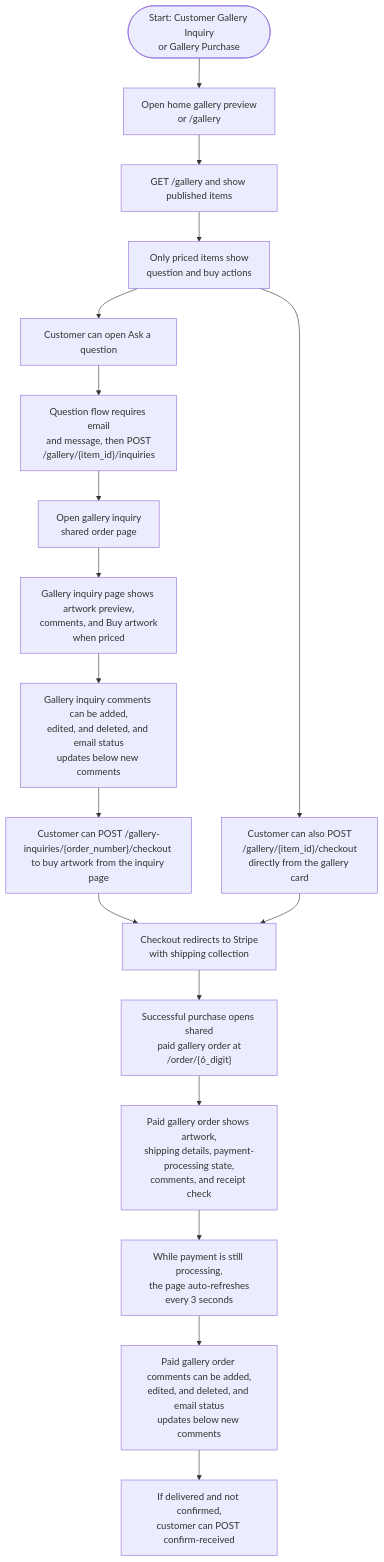
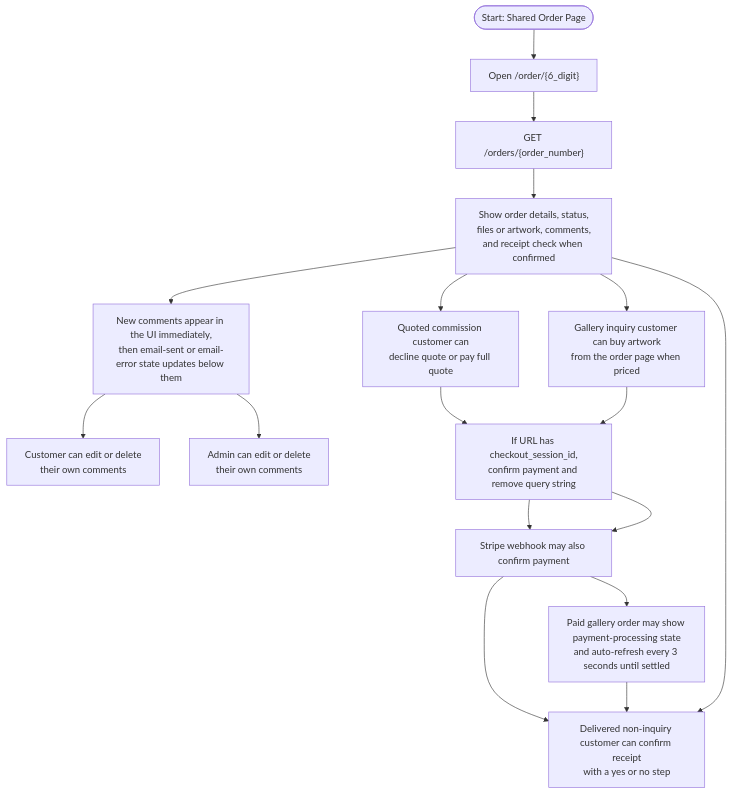
One commit to david-lytikainen/SAS changed the fifth of 5 diagrams in 0_KC/flowchart.md. Above: the diagram before and after it, drawn with Mermaid. The commit also changed other lines of this file and 6 other files, not shown here.

Commit message:
Refresh KC flowcharts

````diff
--- a/0_KC/flowchart.md
+++ b/0_KC/flowchart.md
@@ -67,23 +101,23 @@
 ```mermaid
 flowchart TB
-  C0([Start: Customer Gallery Inquiry<br/>or Gallery Purchase])
-  C1["Open home gallery preview<br/>or /gallery"]
-  C2[GET /gallery and show published items]
-  C3["Only priced items show<br/>question and buy actions"]
-  C4[Customer can open Ask a question]
-  C5["Question flow requires email<br/>and message, then POST<br/>/gallery/{item_id}/inquiries"]
-  C6["Open gallery inquiry<br/>shared order page"]
-  C7["Gallery inquiry page shows artwork preview,<br/>comments, and Buy artwork<br/>when priced"]
-  C8["Gallery inquiry comments can be added,<br/>edited, and deleted, and email status<br/>updates below new comments"]
-  C9["Customer can POST /gallery-inquiries/{order_number}/checkout to buy artwork from the inquiry page"]
-  C10["Customer can also POST<br/>/gallery/{item_id}/checkout<br/>directly from the gallery card"]
-  C11["Checkout redirects to Stripe<br/>with shipping collection"]
-  C12["Successful purchase opens shared<br/>paid gallery order at<br/>/order/{6_digit}"]
-  C13["Paid gallery order shows artwork,<br/>shipping details, payment-processing state,<br/>comments, and receipt check"]
-  C14["While payment is still processing,<br/>the page auto-refreshes<br/>every 3 seconds"]
-  C15["Paid gallery order comments can be added,<br/>edited, and deleted, and email status<br/>updates below new comments"]
-  C16["If delivered and not confirmed,<br/>customer can POST confirm-received"]
+  O0([Start: Shared Order Page])
+  O1["Open /order/{6_digit}"]
+  O2["GET /orders/{order_number}"]
+  O3["Show order details, status,<br/>files or artwork, comments,<br/>and receipt check when confirmed"]
+  O4["New comments appear in the UI immediately,<br/>then email-sent or email-error state updates below them"]
+  O5["Customer can edit or delete<br/>their own comments"]
+  O6["Admin can edit or delete<br/>their own comments"]
+  O7["Quoted commission customer can<br/>decline quote or pay full quote"]
+  O8["Gallery inquiry customer can buy artwork<br/>from the order page when priced"]
+  O9["If URL has checkout_session_id,<br/>confirm payment and remove query string"]
+  O10["Stripe webhook may also confirm payment"]
+  O11["Paid gallery order may show payment-processing state<br/>and auto-refresh every 3 seconds until settled"]
+  O12["Delivered non-inquiry customer can confirm receipt<br/>with a yes or no step"]
 
-  C0 --> C1 --> C2 --> C3 --> C4 --> C5 --> C6 --> C7 --> C8 --> C9 --> C11 --> C12 --> C13 --> C14 --> C15 --> C16
-  C3 --> C10 --> C11
+  O0 --> O1 --> O2 --> O3 --> O4
+  O4 --> O5
+  O4 --> O6
+  O3 --> O7 --> O9 --> O10 --> O12
+  O3 --> O8 --> O9 --> O10 --> O11 --> O12
+  O3 --> O12
 ```
````
